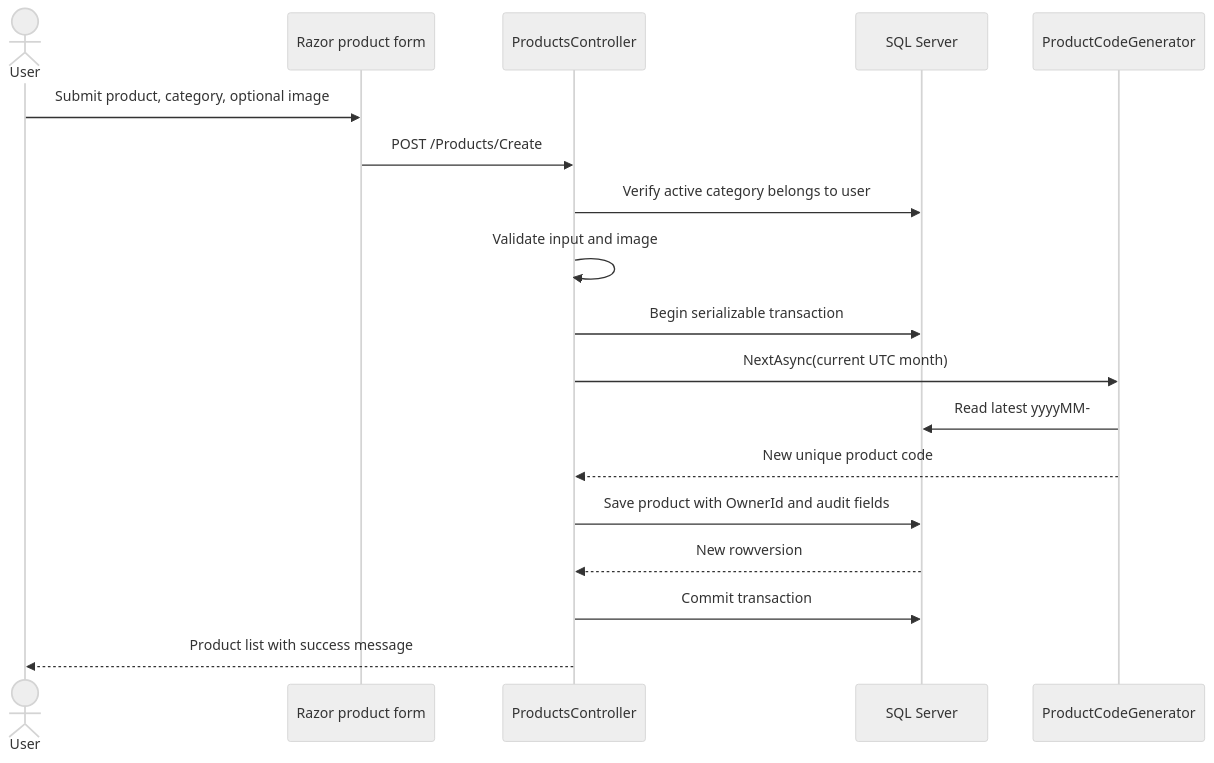
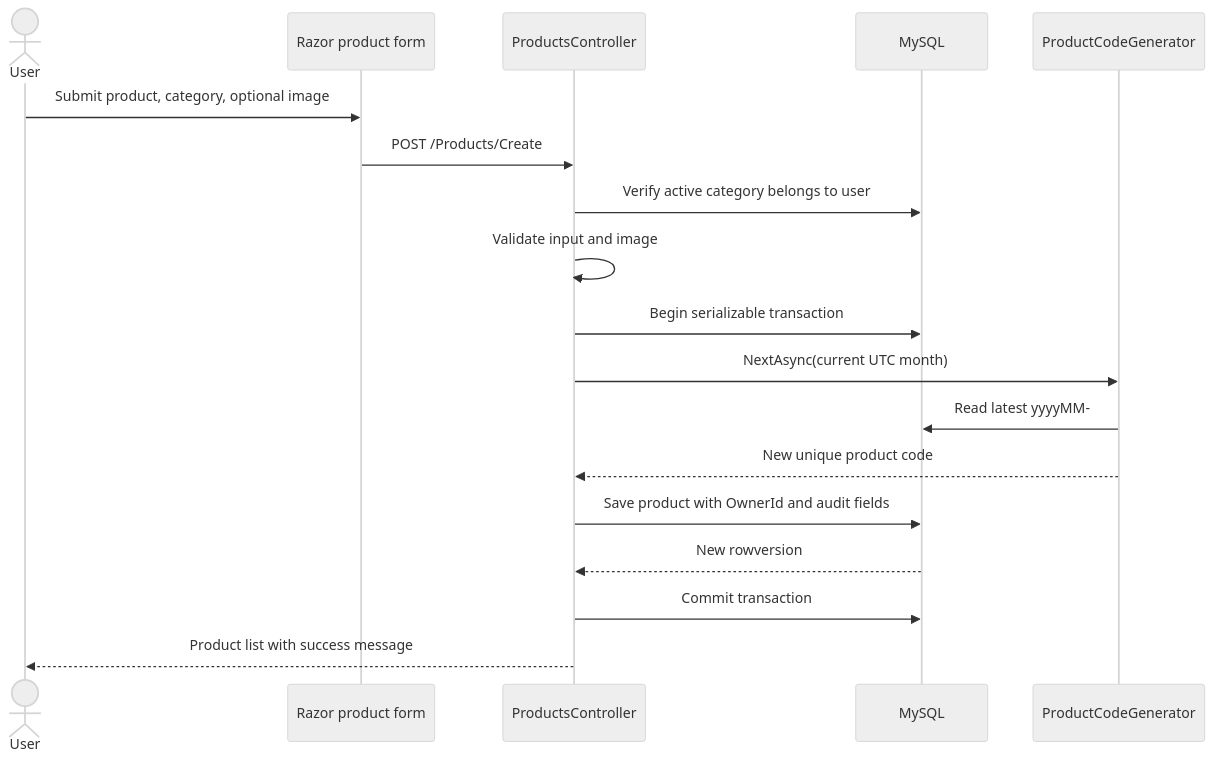
One commit to mmvelase60/ProductVault changed the first of 3 diagrams in docs/design.md. Above: the diagram before and after it, drawn with Mermaid (neutral theme). The commit also changed 20 other files, not shown here.

````diff
--- a/docs/design.md
+++ b/docs/design.md
@@ -5,21 +5,21 @@
 ```mermaid
 sequenceDiagram
     actor User
     participant UI as Razor product form
     participant Controller as ProductsController
-    participant DB as SQL Server
+    participant DB as MySQL
     participant Code as ProductCodeGenerator
 
     User->>UI: Submit product, category, optional image
     UI->>Controller: POST /Products/Create
     Controller->>DB: Verify active category belongs to user
     Controller->>Controller: Validate input and image
     Controller->>DB: Begin serializable transaction
     Controller->>Code: NextAsync(current UTC month)
     Code->>DB: Read latest yyyyMM-### code
     Code-->>Controller: New unique product code
     Controller->>DB: Save product with OwnerId and audit fields
     DB-->>Controller: New rowversion
     Controller->>DB: Commit transaction
     Controller-->>User: Product list with success message
 ```
````
